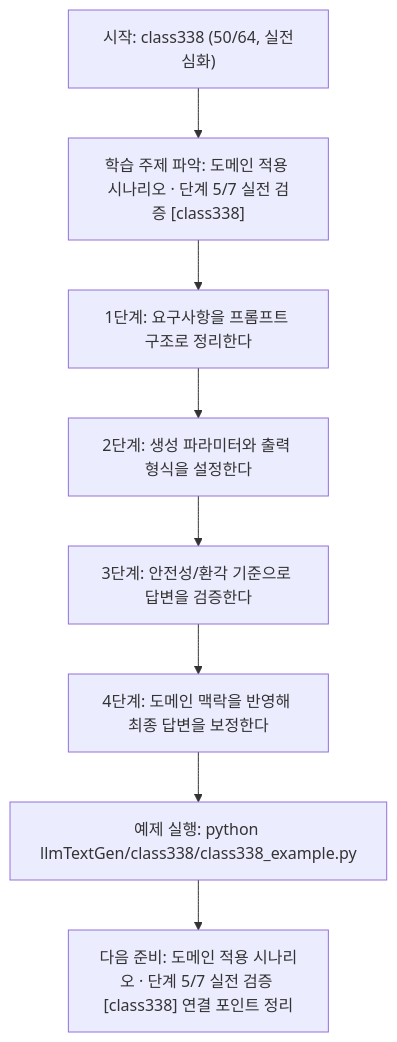
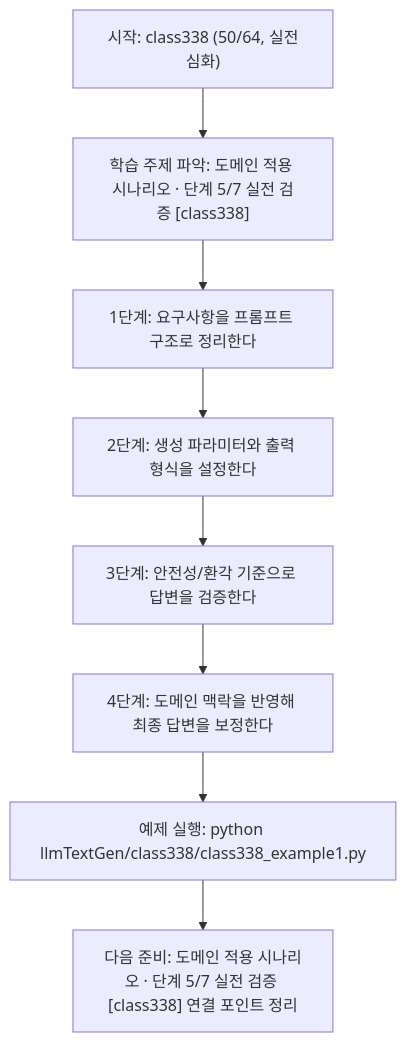
The diagram in llmTextGen/class338/class338.md (edumgt/Python-AI_Agent-Class), drawn with Mermaid before and after one commit. The commit also changed other lines of this file and 2959 other files, not shown here.

````diff
--- a/llmTextGen/class338/class338.md
+++ b/llmTextGen/class338/class338.md
@@ -114,18 +114,18 @@
 ```mermaid
 flowchart TD
 N1["시작: class338 (50/64, 실전심화)"]
 N2["학습 주제 파악: 도메인 적용 시나리오 · 단계 5/7 실전 검증 [class338]"]
 N3["1단계: 요구사항을 프롬프트 구조로 정리한다"]
 N4["2단계: 생성 파라미터와 출력 형식을 설정한다"]
 N5["3단계: 안전성/환각 기준으로 답변을 검증한다"]
 N6["4단계: 도메인 맥락을 반영해 최종 답변을 보정한다"]
-N7["예제 실행: python llmTextGen/class338/class338_example.py"]
+N7["예제 실행: python llmTextGen/class338/class338_example1.py"]
 N8["다음 준비: 도메인 적용 시나리오 · 단계 5/7 실전 검증 [class338] 연결 포인트 정리"]
 N1 --> N2
 N2 --> N3
 N3 --> N4
 N4 --> N5
 N5 --> N6
 N6 --> N7
 N7 --> N8
 ```
````
